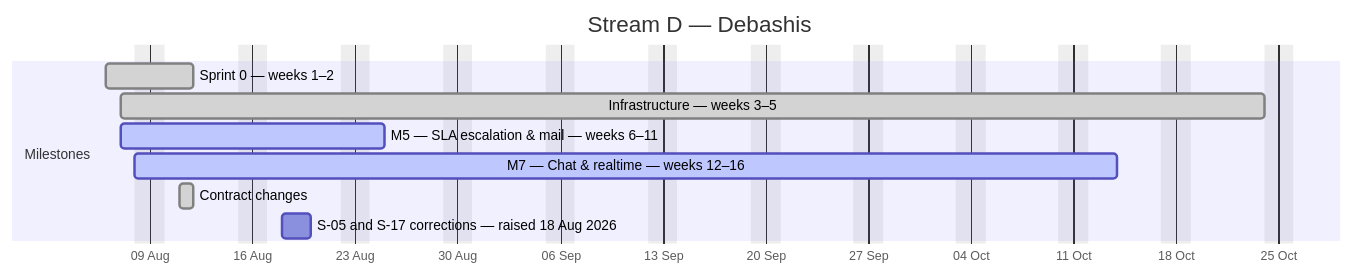
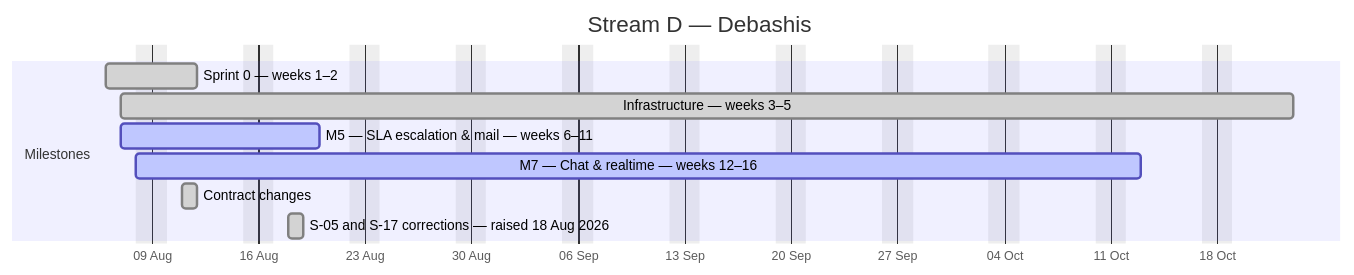
One commit to debashisedunext/EduTrack changed the fourth of 4 diagrams in docs/plan/GANTT.md. Above: the diagram before and after it, drawn with Mermaid. The commit also changed other lines of this file and 3 other files, not shown here.

````diff
--- a/docs/plan/GANTT.md
+++ b/docs/plan/GANTT.md
@@ -152,14 +152,14 @@
 ```mermaid
 gantt
     dateFormat YYYY-MM-DD
     axisFormat %d %b
     title Stream D — Debashis
     excludes weekends
     section Milestones
     Sprint 0 — weeks 1–2 :done, d0, 2026-08-06, 4d
-    Infrastructure — weeks 3–5 :done, d1, 2026-08-07, 56d
-    M5 — SLA  escalation & mail — weeks 6–11 :active, d2, 2026-08-07, 12d
-    M7 — Chat & realtime — weeks 12–16 :active, d3, 2026-08-08, 48d
+    Infrastructure — weeks 3–5 :done, d1, 2026-08-07, 55d
+    M5 — SLA  escalation & mail — weeks 6–11 :active, d2, 2026-08-07, 9d
+    M7 — Chat & realtime — weeks 12–16 :active, d3, 2026-08-08, 47d
     Contract changes :done, d4, 2026-08-11, 1d
-    S-05 and S-17 corrections — raised 18 Aug 2026 :d5, 2026-08-18, 2d
+    S-05 and S-17 corrections — raised 18 Aug 2026 :done, d5, 2026-08-18, 1d
 ```
````
